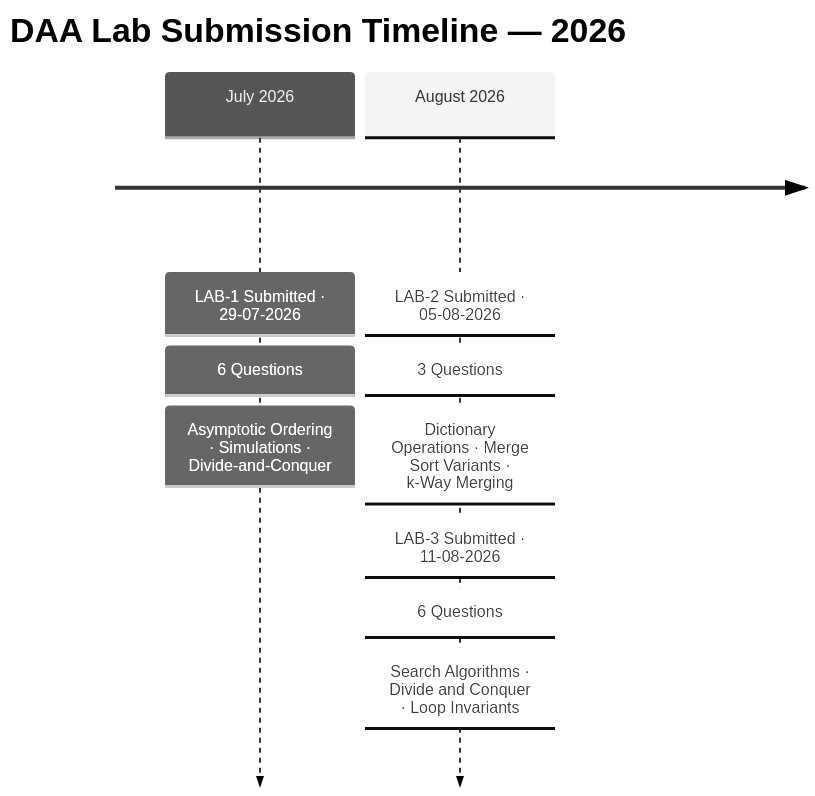
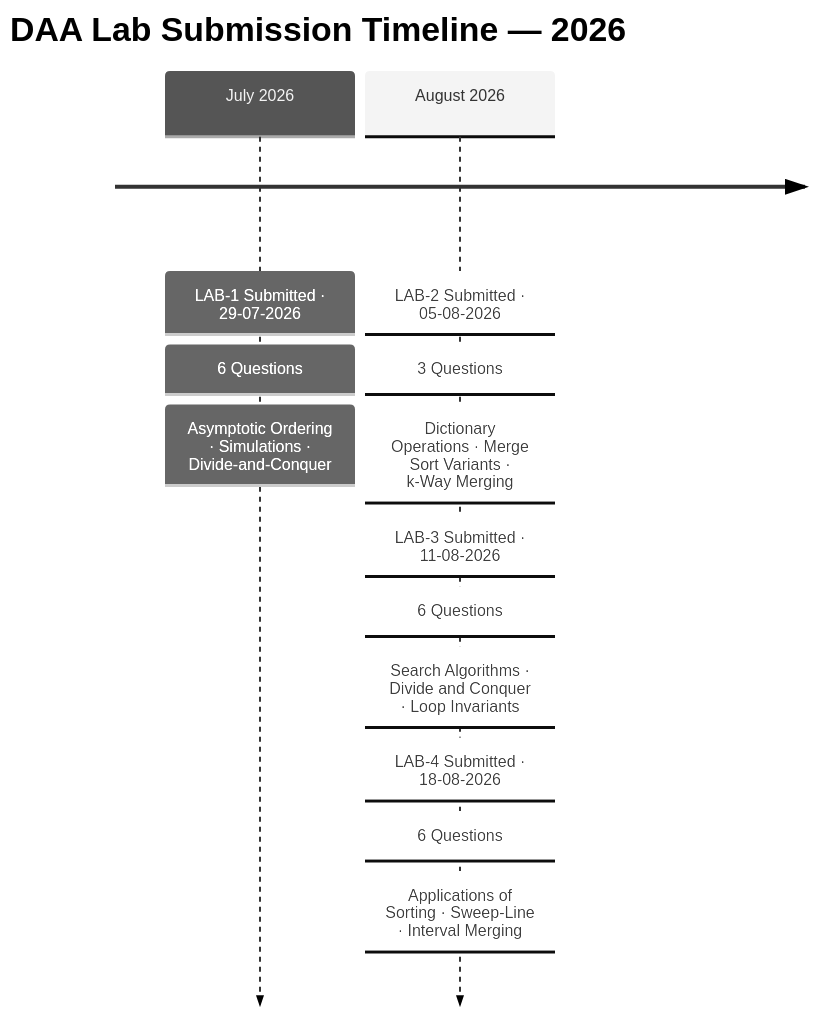
One commit to Asit-Kumar-Mohapatra/Design-and-Analysis-of-Algorithm-DAA-Assignments-2026 changed the first of 9 diagrams in README.md. Above: the diagram before and after it, drawn with Mermaid (neutral theme). The commit also changed other lines of this file, not shown here.

````diff
--- a/README.md
+++ b/README.md
@@ -90,13 +97,16 @@
 ```mermaid
 timeline
     title  DAA Lab Submission Timeline — 2026
     July 2026   : LAB-1 Submitted  ·  29-07-2026
                 : 6 Questions
                 : Asymptotic Ordering · Simulations · Divide-and-Conquer
     August 2026 : LAB-2 Submitted  ·  05-08-2026
                 : 3 Questions
                 : Dictionary Operations · Merge Sort Variants · k-Way Merging
                 : LAB-3 Submitted  ·  11-08-2026
                 : 6 Questions
                 : Search Algorithms · Divide and Conquer · Loop Invariants
+                : LAB-4 Submitted  ·  18-08-2026
+                : 6 Questions
+                : Applications of Sorting · Sweep-Line · Interval Merging
 ```
````
